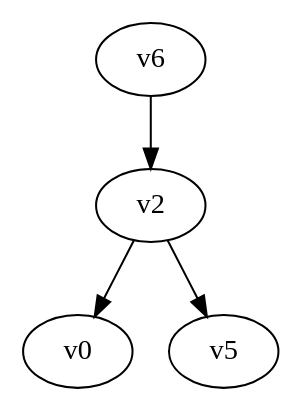
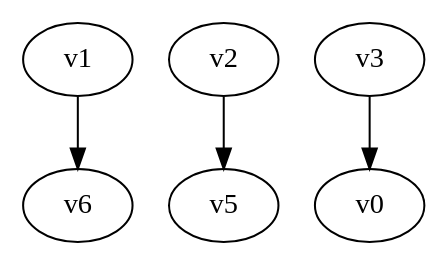
Before and after one commit to yadej/graph_project: the diagram in digraph.dot, drawn with Graphviz. The commit also changed 2 other files, not shown here.

```diff
--- a/digraph.dot
+++ b/digraph.dot
@@ -1,5 +1,5 @@
 digraph G { 
-v2 -> v0;
+v1 -> v6;
 v2 -> v5;
-v6 -> v2;
+v3 -> v0;
 }
```
